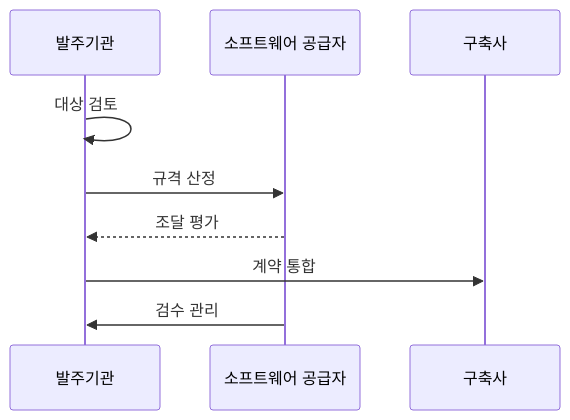
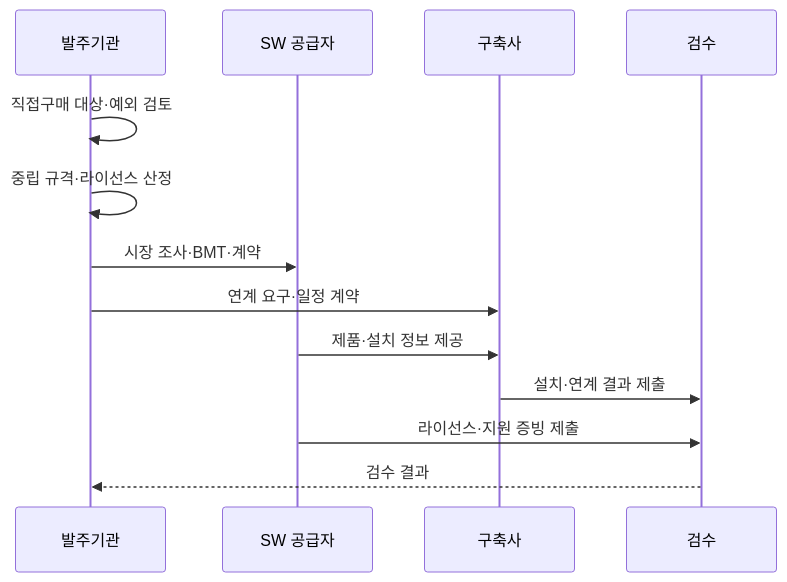
Before and after one commit to agnusdei1207/knowledge-base: the second of 2 diagrams in src/content/docs/notes/03-software/193_sw_direct_purchase.md, drawn with Mermaid. The commit also changed other lines of this file and 7 other files, not shown here.

````diff
--- a/src/content/docs/notes/03-software/193_sw_direct_purchase.md
+++ b/src/content/docs/notes/03-software/193_sw_direct_purchase.md
@@ -71,11 +79,15 @@
 ```mermaid
 sequenceDiagram
     participant O as 발주기관
-    participant S as 소프트웨어 공급자
+    participant S as SW 공급자
     participant I as 구축사
-    O->>O: 대상 검토
-    O->>S: 규격 산정
-    S-->>O: 조달 평가
-    O->>I: 계약 통합
-    S->>O: 검수 관리
+    participant A as 검수
+    O->>O: 직접구매 대상·예외 검토
+    O->>O: 중립 규격·라이선스 산정
+    O->>S: 시장 조사·BMT·계약
+    O->>I: 연계 요구·일정 계약
+    S->>I: 제품·설치 정보 제공
+    I->>A: 설치·연계 결과 제출
+    S->>A: 라이선스·지원 증빙 제출
+    A-->>O: 검수 결과
 ```
````
